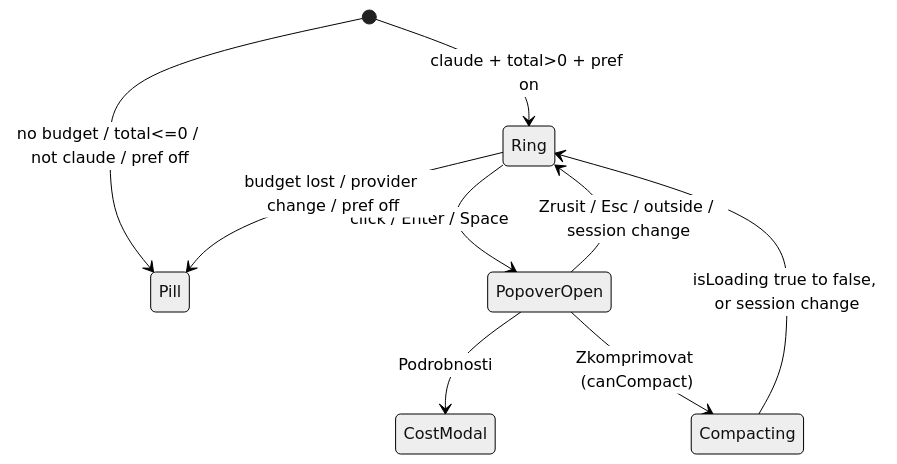
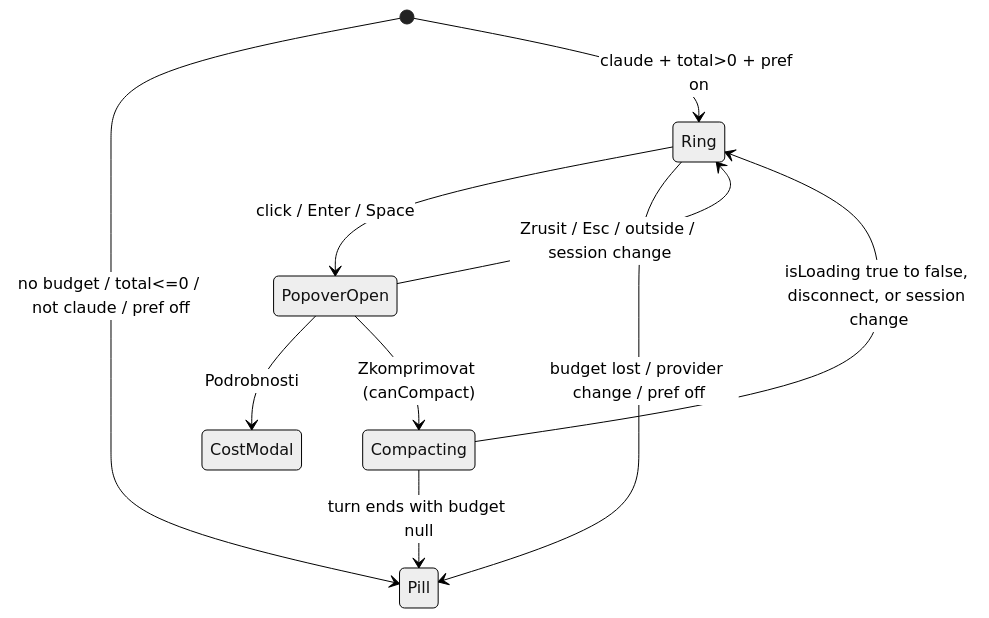
One commit to Umelainteligence-cz/claudecodeui changed the first of 2 diagrams in docs/plans/2026-10-16-context-ring-ui-plan.md. Above: the diagram before and after it, drawn with Mermaid (neutral theme). The commit also changed other lines of this file, not shown here.

Commit message:
docs(context-ring): fold replanning and review mitigations into the plan

````diff
--- a/docs/plans/2026-10-16-context-ring-ui-plan.md
+++ b/docs/plans/2026-10-16-context-ring-ui-plan.md
@@ -91,11 +106,12 @@
 ```mermaid
 stateDiagram-v2
   [*] --> Pill: no budget / total<=0 / not claude / pref off
   [*] --> Ring: claude + total>0 + pref on
   Ring --> PopoverOpen: click / Enter / Space
   PopoverOpen --> Ring: Zrusit / Esc / outside / session change
   PopoverOpen --> CostModal: Podrobnosti
   PopoverOpen --> Compacting: Zkomprimovat (canCompact)
-  Compacting --> Ring: isLoading true to false, or session change
+  Compacting --> Ring: isLoading true to false, disconnect, or session change
+  Compacting --> Pill: turn ends with budget null
   Ring --> Pill: budget lost / provider change / pref off
 ```
````
